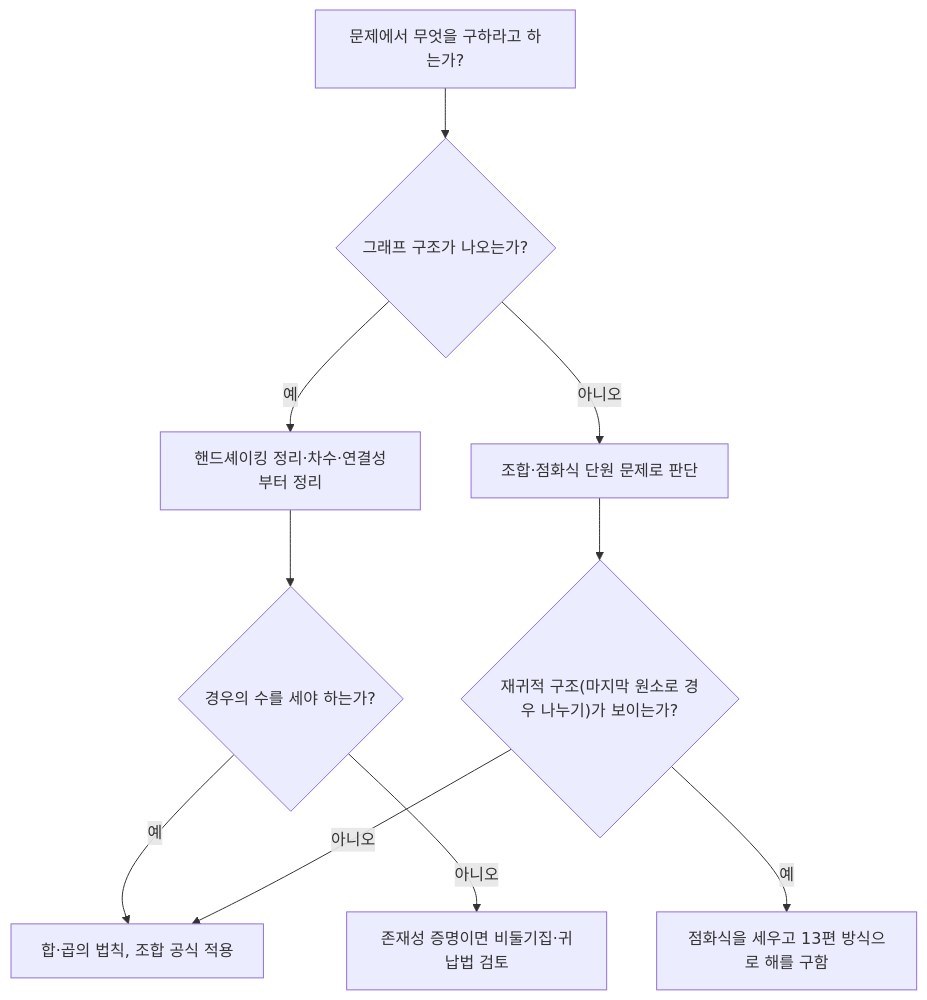
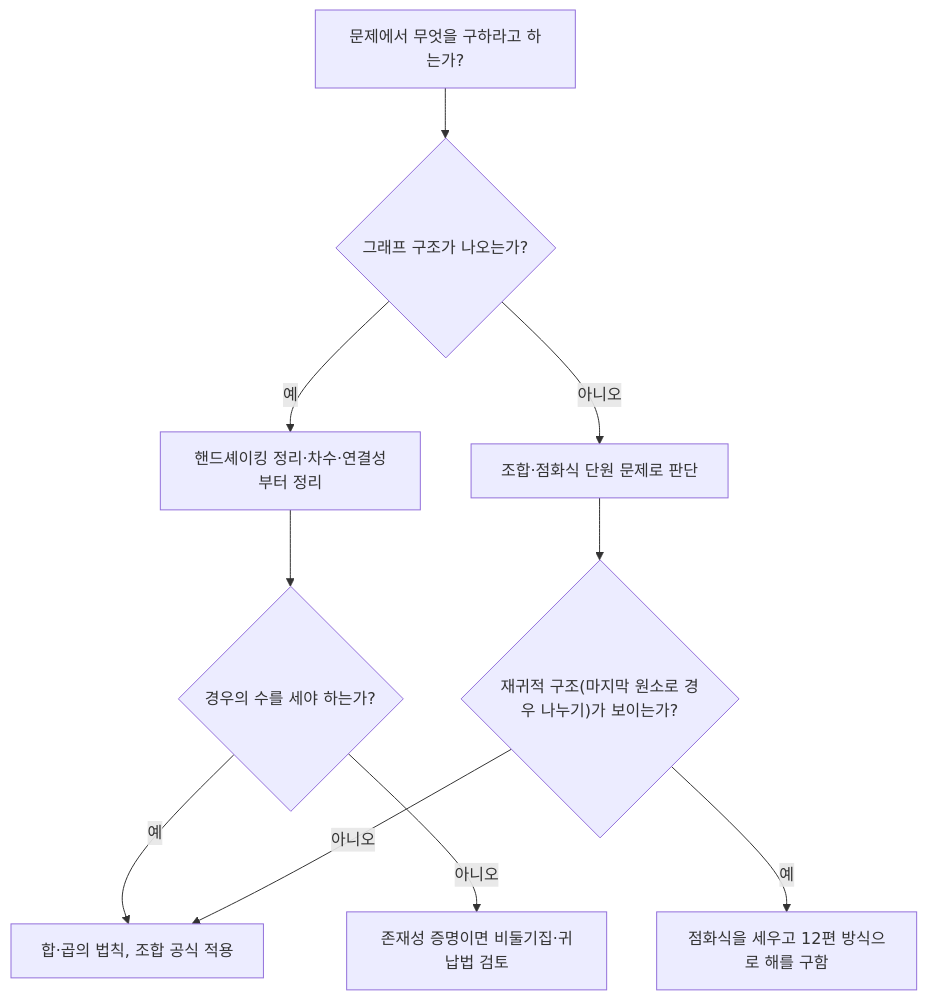
The diagram in content/독학사/2단계/이산수학/18_integrated-proofs-counting-graphs.mdx (zenoK80/zeno-ai-docs), drawn with Mermaid before and after one commit. The commit also changed other lines of this file and 1368 other files, not shown here.

````diff
--- a/content/독학사/2단계/이산수학/18_integrated-proofs-counting-graphs.mdx
+++ b/content/독학사/2단계/이산수학/18_integrated-proofs-counting-graphs.mdx
@@ -115,12 +101,12 @@
 ```mermaid
 flowchart TD
     A["문제에서 무엇을 구하라고 하는가?"] --> B{"그래프 구조가 나오는가?"}
     B -->|예| C["핸드셰이킹 정리·차수·연결성부터 정리"]
     B -->|아니오| D["조합·점화식 단원 문제로 판단"]
     C --> E{"경우의 수를 세야 하는가?"}
     E -->|예| F["합·곱의 법칙, 조합 공식 적용"]
     E -->|아니오| G["존재성 증명이면 비둘기집·귀납법 검토"]
     D --> H{"재귀적 구조(마지막 원소로 경우 나누기)가 보이는가?"}
-    H -->|예| I["점화식을 세우고 13편 방식으로 해를 구함"]
+    H -->|예| I["점화식을 세우고 12편 방식으로 해를 구함"]
     H -->|아니오| F
 ```
````
